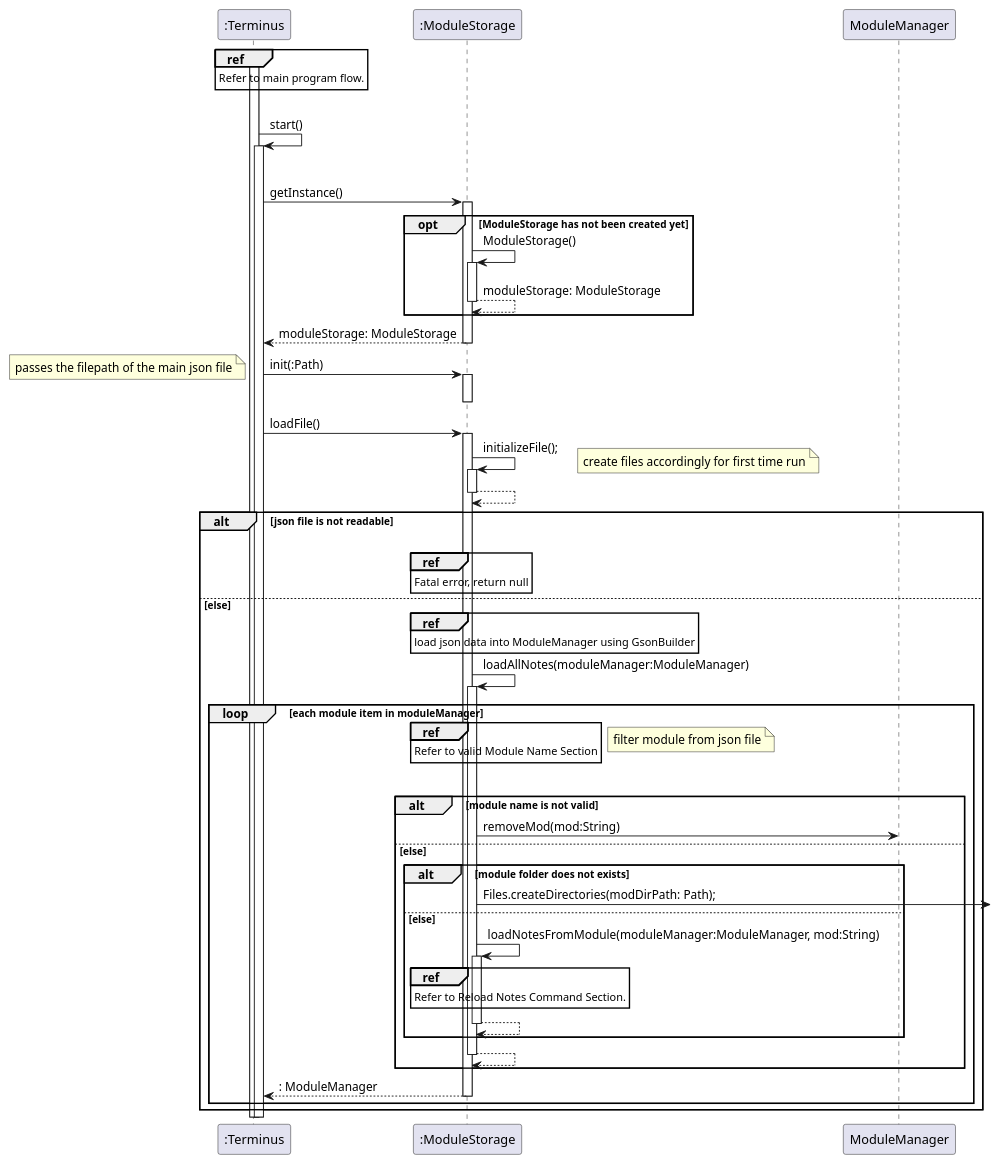
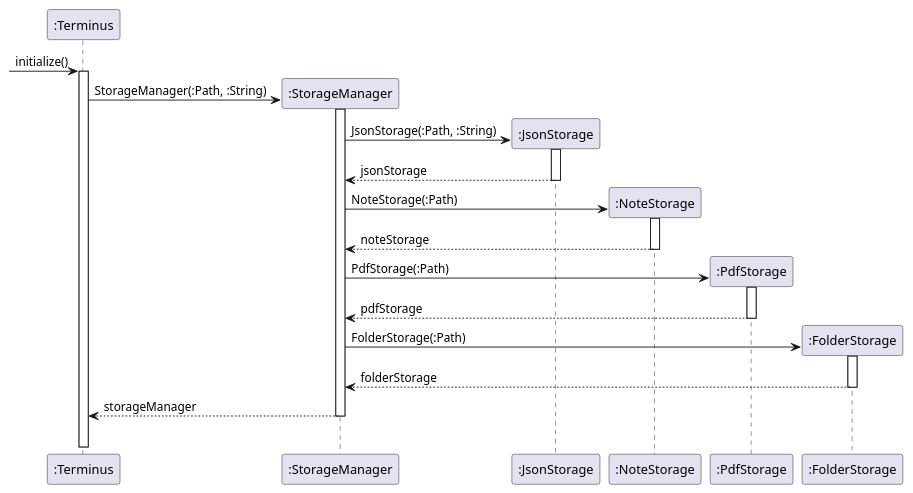
The diagram in docs/uml/storage/StorageInitializeSequenceDiagram.puml (nus-cs2113-AY2122S1/tp), drawn with PlantUML before and after one commit. The commit also changed 8 other files, not shown here.

```diff
--- a/docs/uml/storage/StorageInitializeSequenceDiagram.puml
+++ b/docs/uml/storage/StorageInitializeSequenceDiagram.puml
@@ -1,73 +1,38 @@
 @startuml
 'https://plantuml.com/sequence-diagram
 
 participant ":Terminus" as Terminus
-participant ":ModuleStorage" as ModuleStorage
+participant ":StorageManager" as StorageManager
 
-ref over Terminus
-Refer to main program flow.
-end
-activate Terminus
-|||
-Terminus -> Terminus : start()
-activate Terminus
-|||
-Terminus -> ModuleStorage : getInstance()
-activate ModuleStorage
-  opt ModuleStorage has not been created yet
-    ModuleStorage -> ModuleStorage : ModuleStorage()
-    activate ModuleStorage
-    return moduleStorage: ModuleStorage
-  end
-  return moduleStorage: ModuleStorage
-Terminus -> ModuleStorage : init(:Path)
-note left: passes the filepath of the main json file
-activate ModuleStorage
-Deactivate ModuleStorage
-Terminus -> ModuleStorage : loadFile()
-activate ModuleStorage
-ModuleStorage -> ModuleStorage : initializeFile();
-  activate ModuleStorage
-    note right: create files accordingly for first time run
-  return
-  alt json file is not readable
-    |||
-    ref over ModuleStorage
-      Fatal error, return null
-    end
-  else else
-    ref over ModuleStorage
-      load json data into ModuleManager using GsonBuilder
-    end
-    ModuleStorage -> ModuleStorage : loadAllNotes(moduleManager:ModuleManager)
-    activate ModuleStorage
-      loop each module item in moduleManager
-        ref over ModuleStorage
-          Refer to valid Module Name Section
-        end
-        note right: filter module from json file
-        |||
-        alt module name is not valid
-          ModuleStorage -> ModuleManager : removeMod(mod:String)
-        else else
-          alt module folder does not exists
-            ModuleStorage -> : Files.createDirectories(modDirPath: Path);
-          else else
-            ModuleStorage -> ModuleStorage : loadNotesFromModule(moduleManager:ModuleManager, mod:String)
-            activate ModuleStorage
-            ref over ModuleStorage
-              Refer to Reload Notes Command Section.
-            end
-            return
-          end
-          return
-        end
-        return : ModuleManager
-      end
-  end
+participant ":JsonStorage" as JsonStorage
+participant ":NoteStorage" as NoteStorage
+participant ":PdfStorage" as PdfStorage
+participant ":FolderStorage" as FolderStorage
 
 
+-> Terminus : initialize()
+activate Terminus
 
-
+create StorageManager
+  Terminus -> StorageManager : StorageManager(:Path, :String)
+  activate StorageManager
+    create JsonStorage
+      StorageManager -> JsonStorage : JsonStorage(:Path, :String)
+      activate JsonStorage
+    return jsonStorage
+    create NoteStorage
+      StorageManager -> NoteStorage : NoteStorage(:Path)
+      activate NoteStorage
+    return noteStorage
+    create PdfStorage
+      StorageManager -> PdfStorage : PdfStorage(:Path)
+      activate PdfStorage
+    return pdfStorage
+    create FolderStorage
+      StorageManager -> FolderStorage : FolderStorage(:Path)
+      activate FolderStorage
+    return folderStorage
+  return storageManager
+|||
 
 @enduml
```
